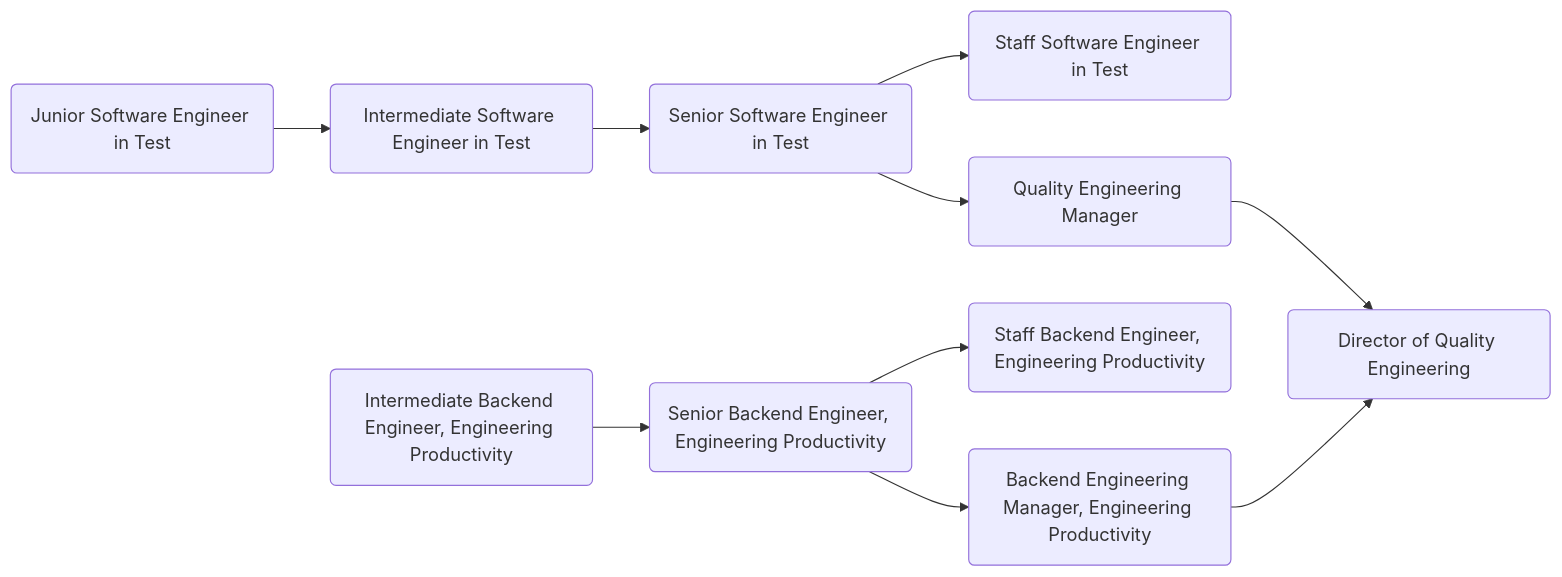
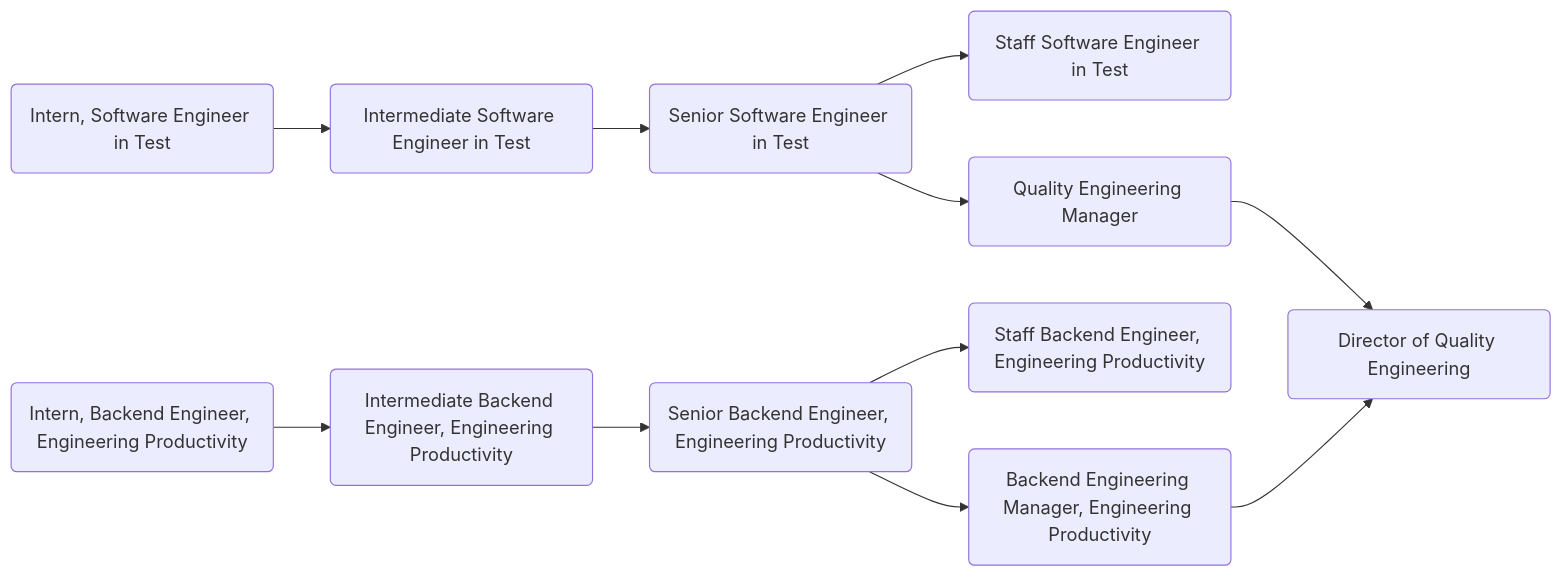
Before and after one commit to secretstartups/handbook: the third of 6 diagrams in career-development/index.html.md, drawn with Mermaid. The commit also changed other lines of this file, not shown here.

Commit message:
Deprecating the Junior level in favour of the "Intern" level in Engineering

````diff
--- a/career-development/index.html.md
+++ b/career-development/index.html.md
@@ -192,25 +194,26 @@
 ```mermaid
-  graph LR;
-  qual:jset(Junior Software Engineer in Test)-->qual:iset(Intermediate Software Engineer in Test);
+graph LR;
+  qual:jset(Intern, Software Engineer in Test)-->qual:iset(Intermediate Software Engineer in Test);
   qual:iset(Intermediate Software Engineer in Test)-->qual:sset(Senior Software Engineer in Test);
   qual:sset(Senior Software Engineer in Test)-->qual:stset(Staff Software Engineer in Test);
   qual:sset(Senior Software Engineer in Test)-->qual:qem(Quality Engineering Manager);
 
+  qual:inbeep(Intern, Backend Engineer, Engineering Productivity)-->qual:ibeep(Intermediate Backend Engineer, Engineering Productivity)
   qual:ibeep(Intermediate Backend Engineer, Engineering Productivity)-->qual:sbeep(Senior Backend Engineer, Engineering Productivity);
   qual:sbeep(Senior Backend Engineer, Engineering Productivity)-->qual:stbeep(Staff Backend Engineer, Engineering Productivity);
   qual:sbeep(Senior Backend Engineer, Engineering Productivity)-->qual:bemep(Backend Engineering Manager, Engineering Productivity);
 
   qual:bemep(Backend Engineering Manager, Engineering Productivity)-->qual:dqe(Director of Quality Engineering);
   qual:qem(Quality Engineering Manager)-->qual:dqe(Director of Quality Engineering);
 
   click qual:jset "/job-families/engineering/software-engineer-in-test#junior-software-engineer-in-test";
   click qual:iset "/job-families/engineering/software-engineer-in-test#intermediate-software-engineer-in-test";
   click qual:sset "/job-families/engineering/software-engineer-in-test#senior-software-engineer-in-test";
   click qual:stset "/job-families/engineering/software-engineer-in-test#staff-software-engineer-in-test";
   click qual:ibeep "/job-families/engineering/backend-engineer/#engineering-productivity";
   click qual:sbeep "/job-families/engineering/backend-engineer/#engineering-productivity";
   click qual:stbeep "/job-families/engineering/backend-engineer/#engineering-productivity";
   click qual:bemep "/job-families/engineering/backend-engineer/#backend-manager-engineering";
   click qual:qem "/job-families/engineering/engineering-management-quality/#quality-engineering-manager";
   click qual:dqe "/job-families/engineering/engineering-management-quality/#director-of-quality-engineering";
 ```
````
